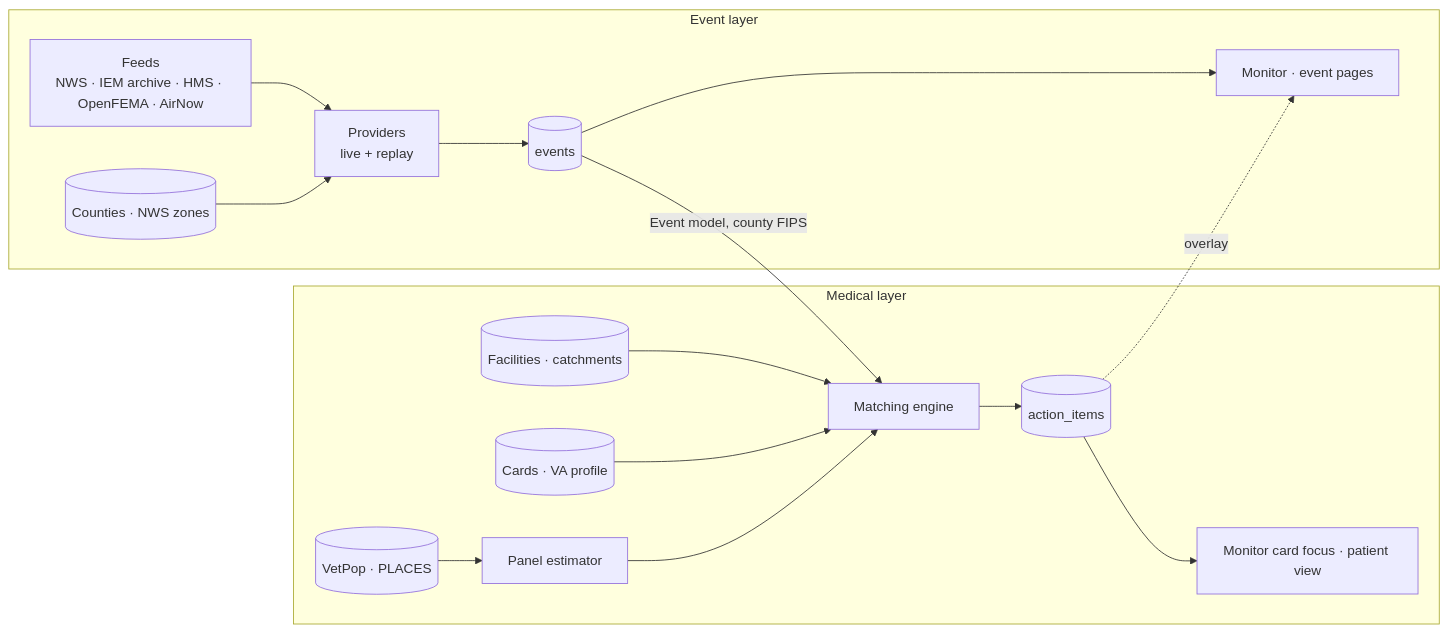
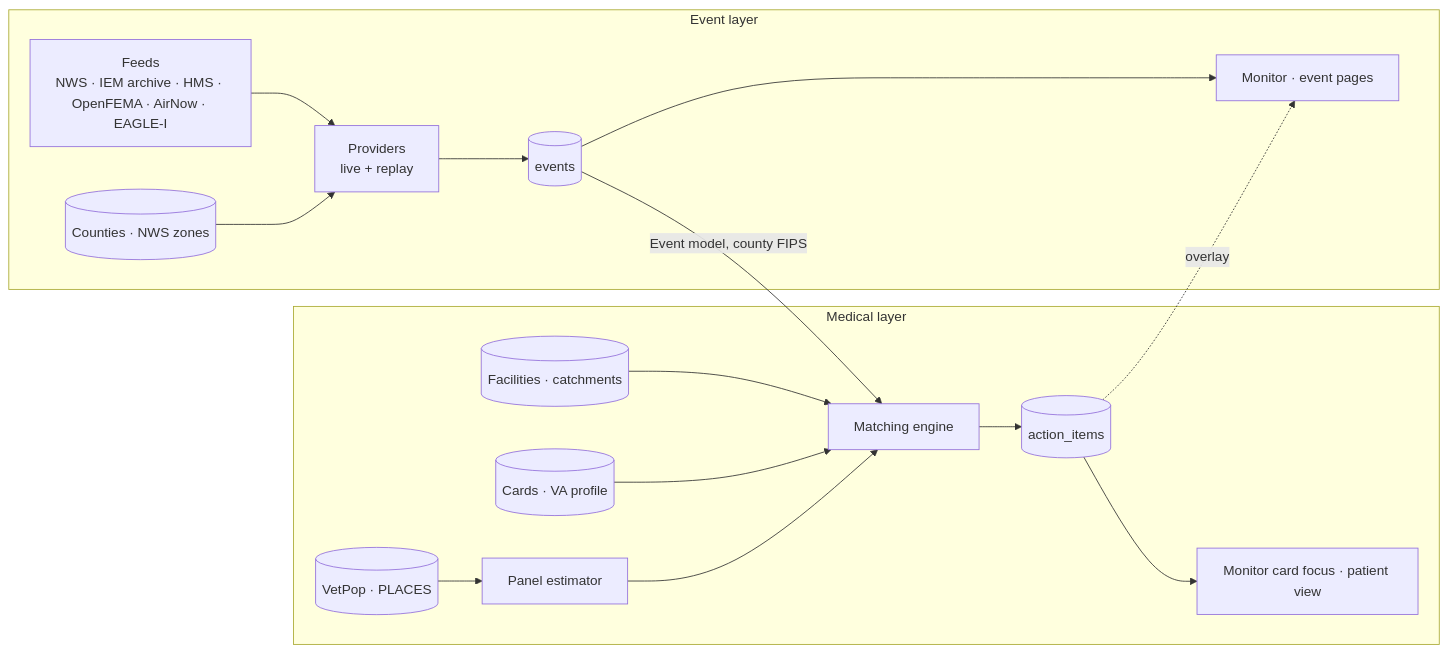
The diagram in docs/guide/README.md (shlyakhter1/med-extreme-events), drawn with Mermaid before and after one commit. The commit also changed other lines of this file and 9 other files, not shown here.

````diff
--- a/docs/guide/README.md
+++ b/docs/guide/README.md
@@ -30,18 +30,18 @@
 ```mermaid
 flowchart LR
   subgraph EV[Event layer]
-    F[Feeds<br/>NWS · IEM archive · HMS · OpenFEMA · AirNow] --> P[Providers<br/>live + replay]
+    F[Feeds<br/>NWS · IEM archive · HMS · OpenFEMA · AirNow · EAGLE-I] --> P[Providers<br/>live + replay]
     P --> ES[(events)]
     G1[(Counties · NWS zones)] --> P
     ES --> PB[Monitor · event pages]
   end
   subgraph MED[Medical layer]
     FAC[(Facilities · catchments)] --> ENG[Matching engine]
     CARDS[(Cards · VA profile)] --> ENG
     DEN[(VetPop · PLACES)] --> PAN[Panel estimator] --> ENG
     ENG --> AI[(action_items)]
     AI --> UI[Monitor card focus · patient view]
   end
   ES -- Event model, county FIPS --> ENG
   AI -. overlay .-> PB
 ```
````
